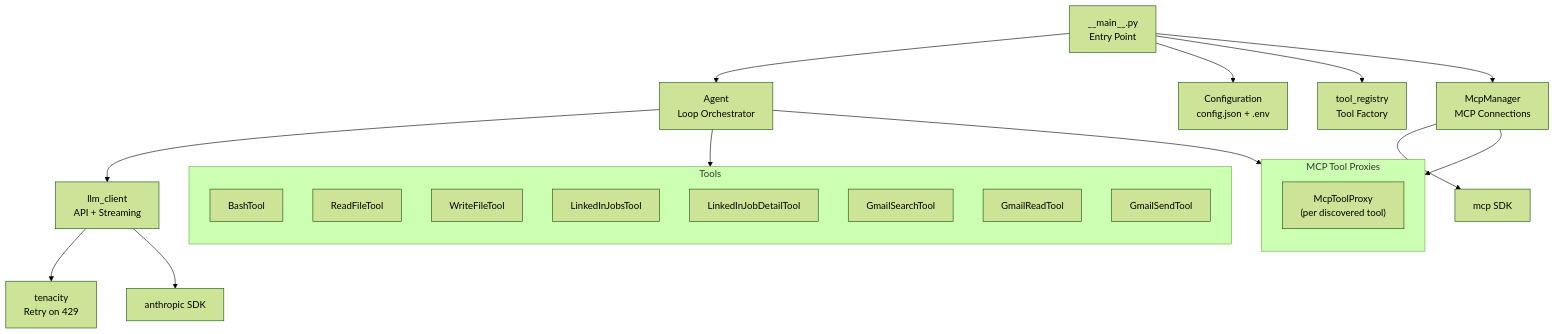
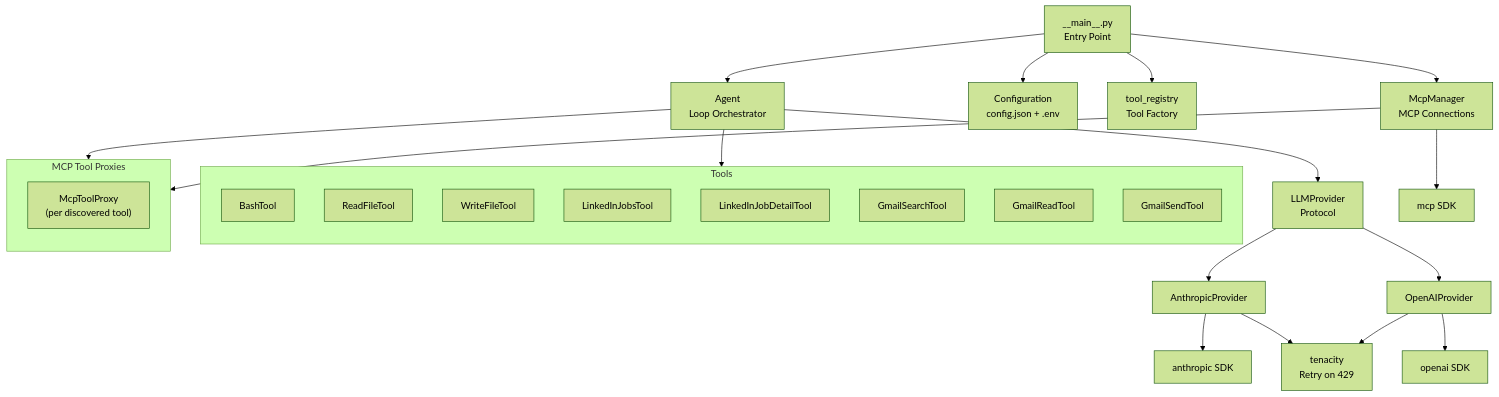
One commit to StephenDenisEdwards/micro-x-agent-loop-python changed the second of 3 diagrams in documentation/docs/architecture/SAD.md. Above: the diagram before and after it, drawn with Mermaid (forest theme). The commit also changed other lines of this file and 22 other files, not shown here.

First line of the commit message:
Add multi-provider LLM support (OpenAI + Anthropic)

````diff
--- a/documentation/docs/architecture/SAD.md
+++ b/documentation/docs/architecture/SAD.md
@@ -80,34 +82,38 @@
 ```mermaid
 graph TD
     Main["__main__.py<br/>Entry Point"] --> Agent["Agent<br/>Loop Orchestrator"]
     Main --> Config["Configuration<br/>config.json + .env"]
     Main --> Registry["tool_registry<br/>Tool Factory"]
     Main --> McpMgr["McpManager<br/>MCP Connections"]
 
-    Agent --> LlmClient["llm_client<br/>API + Streaming"]
+    Agent --> Provider["LLMProvider<br/>Protocol"]
     Agent --> Tools["Tool Implementations"]
     Agent --> McpTools["MCP Tool Proxies"]
 
-    LlmClient --> Tenacity["tenacity<br/>Retry on 429"]
-    LlmClient --> Anthropic["anthropic SDK"]
+    Provider --> AnthropicProv["AnthropicProvider"]
+    Provider --> OpenAIProv["OpenAIProvider"]
+    AnthropicProv --> Anthropic["anthropic SDK"]
+    OpenAIProv --> OpenAISDK["openai SDK"]
+    AnthropicProv --> Tenacity["tenacity<br/>Retry on 429"]
+    OpenAIProv --> Tenacity
 
     McpMgr --> McpSDK["mcp SDK"]
     McpMgr --> McpTools
 
     subgraph Tools
         direction TB
         Bash[BashTool]
         ReadFile[ReadFileTool]
         WriteFile[WriteFileTool]
         LI1[LinkedInJobsTool]
         LI2[LinkedInJobDetailTool]
         Gmail1[GmailSearchTool]
         Gmail2[GmailReadTool]
         Gmail3[GmailSendTool]
     end
 
     subgraph McpTools["MCP Tool Proxies"]
         direction TB
         McpProxy1["McpToolProxy<br/>(per discovered tool)"]
     end
 ```
````
